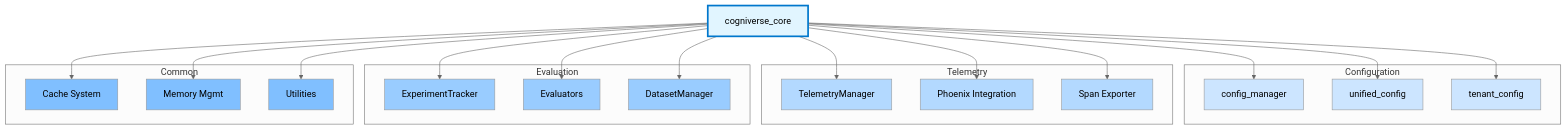
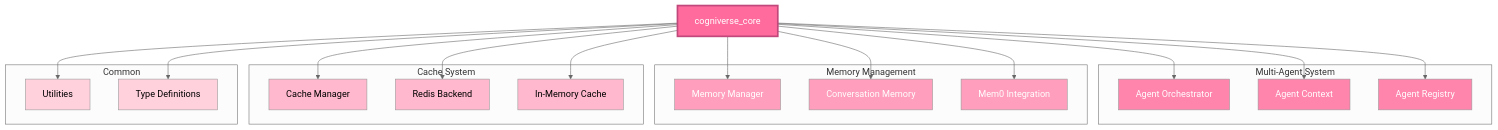
One commit to amit-jain/cogniverse changed the fourth of 17 diagrams in docs/diagrams/sdk-architecture-diagrams.md. Above: the diagram before and after it, drawn with Mermaid (neutral theme). The commit also changed other lines of this file and 49 other files, not shown here.

First line of the commit message:
Update all documentation to reflect 10-package architecture

````diff
--- a/docs/diagrams/sdk-architecture-diagrams.md
+++ b/docs/diagrams/sdk-architecture-diagrams.md
@@ -95,55 +207,52 @@
 ```mermaid
 graph TB
     CorePkg[cogniverse_core]
 
-    subgraph "Configuration"
-        ConfigMgr[config_manager]
-        UnifiedConfig[unified_config]
-        TenantConfig[tenant_config]
+    subgraph "Multi-Agent System"
+        AgentOrchestrator[Agent Orchestrator]
+        AgentContext[Agent Context]
+        AgentRegistry[Agent Registry]
     end
 
-    subgraph "Telemetry"
-        TelemetryMgr[TelemetryManager]
-        PhoenixIntegration[Phoenix Integration]
-        SpanExporter[Span Exporter]
+    subgraph "Memory Management"
+        MemoryManager[Memory Manager]
+        ConversationMemory[Conversation Memory]
+        Mem0Integration[Mem0 Integration]
     end
 
-    subgraph "Evaluation"
-        ExperimentTracker[ExperimentTracker]
-        Evaluators[Evaluators]
-        DatasetMgr[DatasetManager]
+    subgraph "Cache System"
+        CacheManager[Cache Manager]
+        RedisBackend[Redis Backend]
+        InMemoryCache[In-Memory Cache]
     end
 
     subgraph "Common"
-        Cache[Cache System]
-        Memory[Memory Mgmt]
         Utils[Utilities]
+        Types[Type Definitions]
     end
 
-    CorePkg --> ConfigMgr
-    CorePkg --> UnifiedConfig
-    CorePkg --> TenantConfig
-    CorePkg --> TelemetryMgr
-    CorePkg --> PhoenixIntegration
-    CorePkg --> SpanExporter
-    CorePkg --> ExperimentTracker
-    CorePkg --> Evaluators
-    CorePkg --> DatasetMgr
-    CorePkg --> Cache
-    CorePkg --> Memory
+    CorePkg --> AgentOrchestrator
+    CorePkg --> AgentContext
+    CorePkg --> AgentRegistry
+    CorePkg --> MemoryManager
+    CorePkg --> ConversationMemory
+    CorePkg --> Mem0Integration
+    CorePkg --> CacheManager
+    CorePkg --> RedisBackend
+    CorePkg --> InMemoryCache
     CorePkg --> Utils
+    CorePkg --> Types
 
-    style CorePkg fill:#e1f5ff,stroke:#0077cc,stroke-width:3px
-    style ConfigMgr fill:#cce5ff
-    style UnifiedConfig fill:#cce5ff
-    style TenantConfig fill:#cce5ff
-    style TelemetryMgr fill:#b3d9ff
-    style PhoenixIntegration fill:#b3d9ff
-    style SpanExporter fill:#b3d9ff
-    style ExperimentTracker fill:#99ccff
-    style Evaluators fill:#99ccff
-    style DatasetMgr fill:#99ccff
-    style Cache fill:#80bfff
-    style Memory fill:#80bfff
-    style Utils fill:#80bfff
+    style CorePkg fill:#FF6B9D,stroke:#C1487A,stroke-width:3px,color:#fff
+    style AgentOrchestrator fill:#FF85AD,color:#fff
+    style AgentContext fill:#FF85AD,color:#fff
+    style AgentRegistry fill:#FF85AD,color:#fff
+    style MemoryManager fill:#FF9FBD,color:#fff
+    style ConversationMemory fill:#FF9FBD,color:#fff
+    style Mem0Integration fill:#FF9FBD,color:#fff
+    style CacheManager fill:#FFB8CD
+    style RedisBackend fill:#FFB8CD
+    style InMemoryCache fill:#FFB8CD
+    style Utils fill:#FFD1DD
+    style Types fill:#FFD1DD
 ```
````
